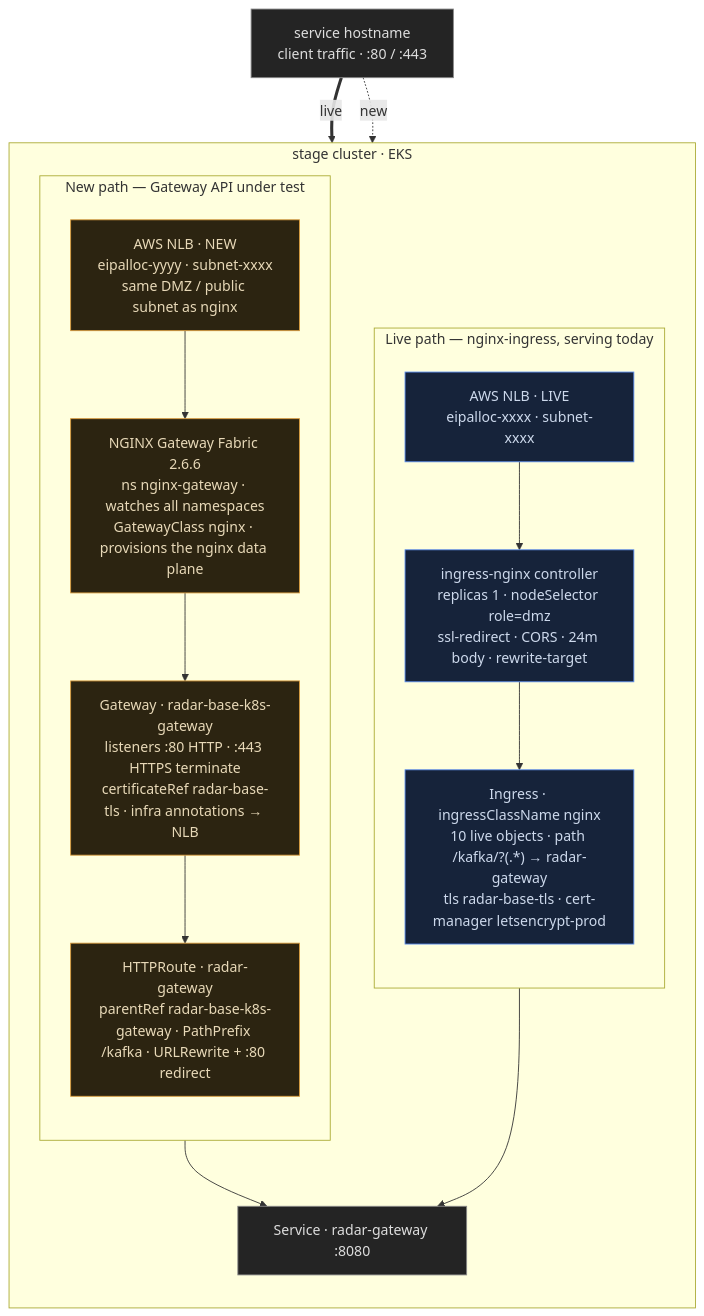
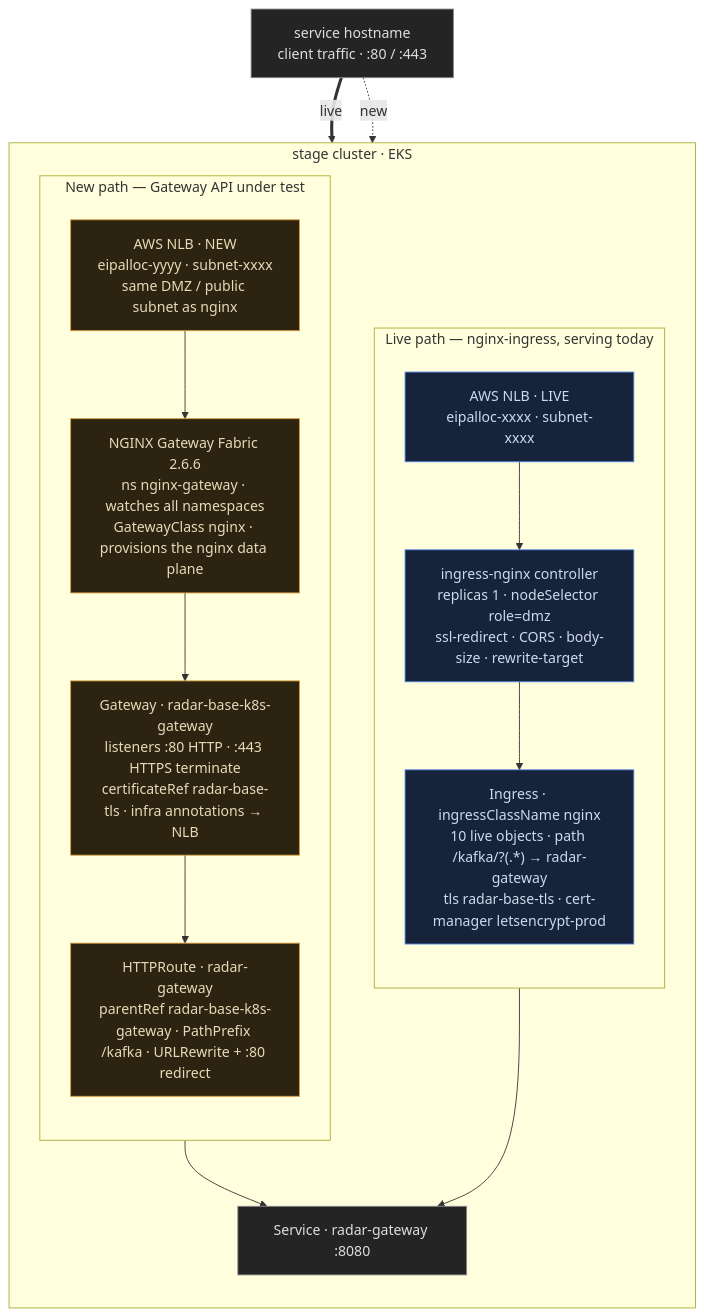
The diagram in rfcs/platform/0007-gateway-api-ingress-migration.md (RADAR-base/rfcs), drawn with Mermaid before and after one commit. The commit also changed other lines of this file, not shown here.

Commit message:
update/remove the kcl specifics in the rfc

````diff
--- a/rfcs/platform/0007-gateway-api-ingress-migration.md
+++ b/rfcs/platform/0007-gateway-api-ingress-migration.md
@@ -50,39 +50,39 @@
 ```mermaid
 flowchart TB
     dns["service hostname<br/>client traffic · :80 / :443"]
 
     subgraph eks[stage cluster · EKS]
       direction TB
 
       subgraph live["Live path — nginx-ingress, serving today"]
         direction TB
         nlbL["AWS NLB · LIVE<br/>eipalloc-xxxx · subnet-xxxx"]
-        ctlL["ingress-nginx controller<br/>replicas 1 · nodeSelector role=dmz<br/>ssl-redirect · CORS · 24m body · rewrite-target"]
+        ctlL["ingress-nginx controller<br/>replicas 1 · nodeSelector role=dmz<br/>ssl-redirect · CORS · body-size · rewrite-target"]
         ingL["Ingress · ingressClassName nginx<br/>10 live objects · path /kafka/?(.*) → radar-gateway<br/>tls radar-base-tls · cert-manager letsencrypt-prod"]
         nlbL --> ctlL --> ingL
       end
 
       subgraph new["New path — Gateway API under test"]
         direction TB
         nlbN["AWS NLB · NEW<br/>eipalloc-yyyy · subnet-xxxx<br/>same DMZ / public subnet as nginx"]
         ngf["NGINX Gateway Fabric 2.6.6<br/>ns nginx-gateway · watches all namespaces<br/>GatewayClass nginx · provisions the nginx data plane"]
         gw["Gateway · radar-base-k8s-gateway<br/>listeners :80 HTTP · :443 HTTPS terminate<br/>certificateRef radar-base-tls · infra annotations → NLB"]
         route["HTTPRoute · radar-gateway<br/>parentRef radar-base-k8s-gateway · PathPrefix /kafka · URLRewrite + :80 redirect"]
         nlbN --> ngf --> gw --> route
       end
 
       svc["Service · radar-gateway :8080"]
     end
 
     dns ==>|live| nlbL
     dns -.->|new| nlbN
     ingL --> svc
     route --> svc
 
     classDef liveCls fill:#16233a,stroke:#5b8def,color:#cdd9ec;
     classDef newCls fill:#2c2411,stroke:#d99a3a,color:#e8d9b8;
     classDef sharedCls fill:#242424,stroke:#888888,color:#dddddd;
     class nlbL,ctlL,ingL liveCls;
     class nlbN,ngf,gw,route newCls;
     class dns,svc sharedCls;
 ```
````
